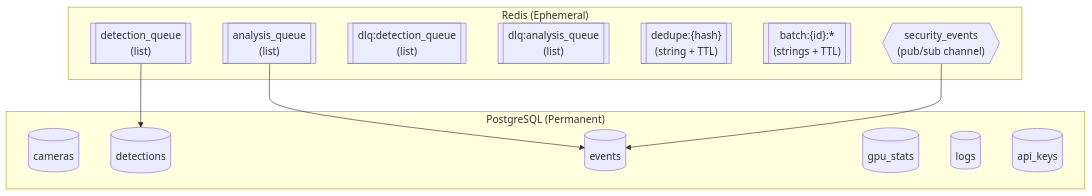
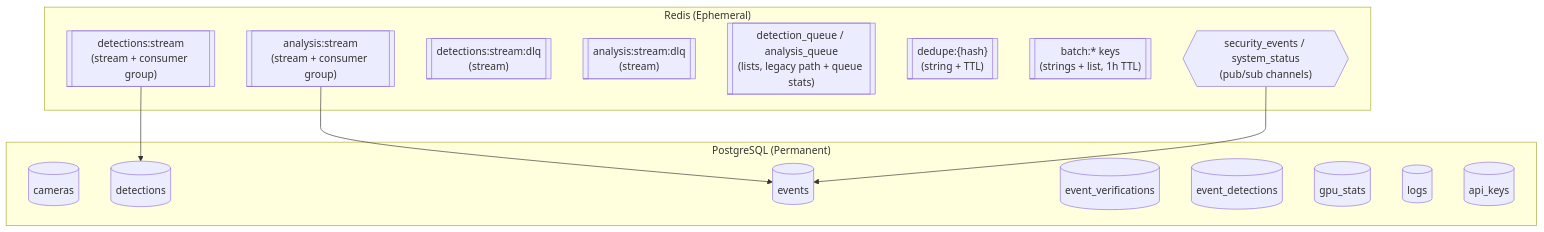
One commit to mikesvoboda/nemotron-v3-home-security-intelligence changed the second of 4 diagrams in docs/architecture/data-model.md. Above: the diagram before and after it, drawn with Mermaid. The commit also changed other lines of this file and 231 other files, not shown here.

````diff
--- a/docs/architecture/data-model.md
+++ b/docs/architecture/data-model.md
@@ -838,26 +860,28 @@
 ```mermaid
 flowchart TB
     subgraph Permanent["PostgreSQL (Permanent)"]
         cameras[(cameras)]
         detections[(detections)]
         events[(events)]
+        event_verifications[(event_verifications)]
+        event_detections[(event_detections)]
         gpu_stats[(gpu_stats)]
         logs[(logs)]
         api_keys[(api_keys)]
     end
 
     subgraph Ephemeral["Redis (Ephemeral)"]
-        dq[["detection_queue<br/>(list)"]]
-        aq[["analysis_queue<br/>(list)"]]
-        ddq[["dlq:detection_queue<br/>(list)"]]
-        daq[["dlq:analysis_queue<br/>(list)"]]
+        ds[["detections:stream<br/>(stream + consumer group)"]]
+        as[["analysis:stream<br/>(stream + consumer group)"]]
+        sdlq[["detections:stream:dlq<br/>(stream)"]]
+        adlq[["analysis:stream:dlq<br/>(stream)"]]
+        lists[["detection_queue / analysis_queue<br/>(lists, legacy path + queue stats)"]]
         dedupe[["dedupe:{hash}<br/>(string + TTL)"]]
-        batch[["batch:{id}:*<br/>(strings + TTL)"]]
-        pubsub{{"security_events<br/>(pub/sub channel)"}}
+        batch[["batch:* keys<br/>(strings + list, 1h TTL)"]]
+        pubsub{{"security_events / system_status<br/>(pub/sub channels)"}}
     end
 
-    dq --> detections
-
-    aq --> events
+    ds --> detections
+    as --> events
     pubsub --> events
 ```
````
